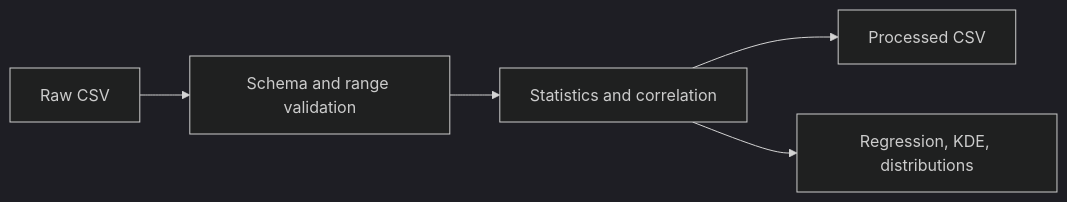
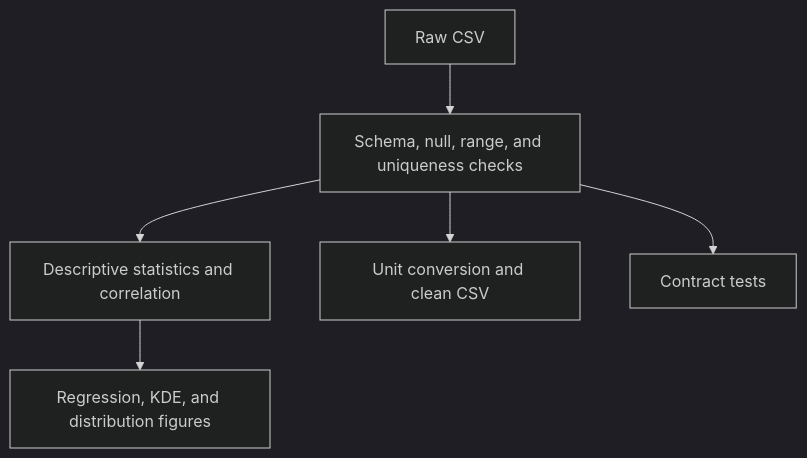
One commit to moahmedzaghloula/practical-mlops-book changed the diagram in chapters/02-mlops-foundations/labs/03-eda/README.md. Above: the diagram before and after it, drawn with Mermaid (dark theme). The commit also changed other lines of this file and 14 other files, not shown here.

````diff
--- a/chapters/02-mlops-foundations/labs/03-eda/README.md
+++ b/chapters/02-mlops-foundations/labs/03-eda/README.md
@@ -9,7 +25,8 @@
 ```mermaid
-flowchart LR
-    A["Raw CSV"] --> B["Schema and range validation"]
-    B --> C["Statistics and correlation"]
-    C --> D["Processed CSV"]
-    C --> E["Regression, KDE, distributions"]
+flowchart TD
+    A["Raw CSV"] --> B["Schema, null, range, and uniqueness checks"]
+    B --> C["Descriptive statistics and correlation"]
+    B --> D["Unit conversion and clean CSV"]
+    C --> E["Regression, KDE, and distribution figures"]
+    B --> F["Contract tests"]
 ```
````
